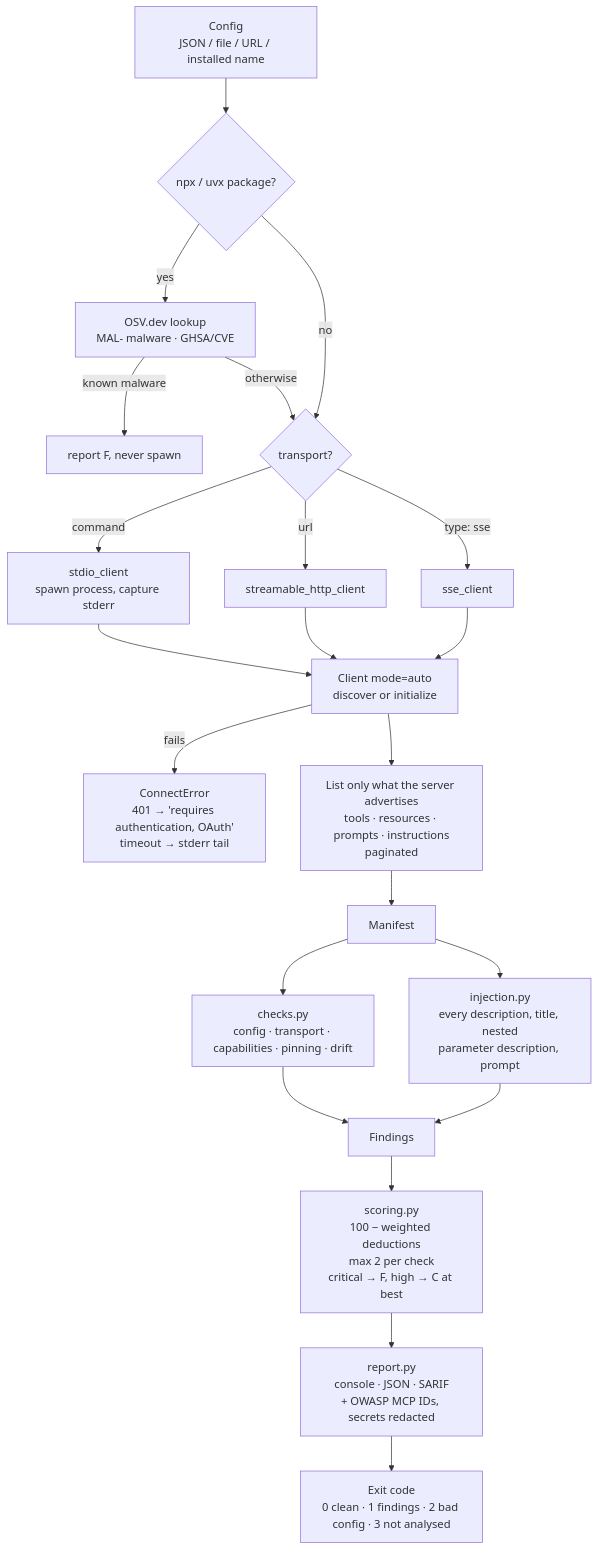
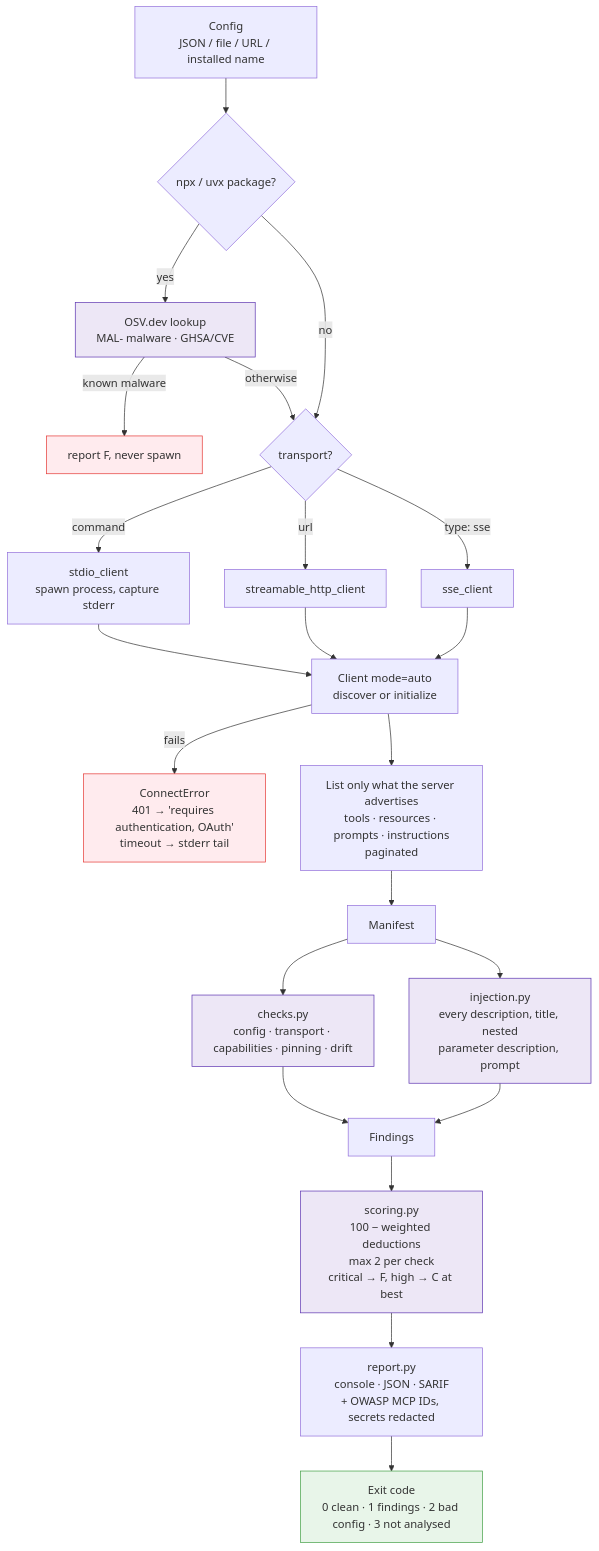
Before and after one commit to SomehowLiving/sniffmcp: the second of 8 diagrams in ARCHITECTURE.md, drawn with Mermaid. The commit also changed other lines of this file and 3 other files, not shown here.

Commit message:
Docs: 'Why SniffMCP' product page (MCP trust model, tool poisoning, shadowing, rug pull, defence in depth, honest limits; quotes verified against OWASP/Microsoft/ACL); colour-coded architecture diagrams

````diff
--- a/ARCHITECTURE.md
+++ b/ARCHITECTURE.md
@@ -77,21 +89,31 @@
 ```mermaid
 flowchart TD
     A["Config<br/>JSON / file / URL / installed name"] --> P{"npx / uvx package?"}
     P -->|yes| OSV["OSV.dev lookup<br/>MAL- malware · GHSA/CVE"]
     OSV -->|known malware| STOP["report F, never spawn"]
     OSV -->|otherwise| B{"transport?"}
     P -->|no| B
     B -->|command| C["stdio_client<br/>spawn process, capture stderr"]
     B -->|url| D["streamable_http_client"]
     B -->|type: sse| E["sse_client"]
     C & D & E --> F["Client mode=auto<br/>discover or initialize"]
     F -->|fails| G["ConnectError<br/>401 → 'requires authentication, OAuth'<br/>timeout → stderr tail"]
     F --> H["List only what the server advertises<br/>tools · resources · prompts · instructions<br/>paginated"]
     H --> I["Manifest"]
     I --> J["checks.py<br/>config · transport · capabilities · pinning · drift"]
     I --> K["injection.py<br/>every description, title, nested<br/>parameter description, prompt"]
     J & K --> L["Findings"]
     L --> M["scoring.py<br/>100 − weighted deductions<br/>max 2 per check<br/>critical → F, high → C at best"]
     M --> N["report.py<br/>console · JSON · SARIF<br/>+ OWASP MCP IDs, secrets redacted"]
     N --> O["Exit code<br/>0 clean · 1 findings · 2 bad config · 3 not analysed"]
+
+    classDef sniff fill:#ede7f6,stroke:#5e35b1
+    classDef bad fill:#ffebee,stroke:#e53935
+    classDef ok fill:#e8f5e9,stroke:#43a047
+    classDef muted fill:#eceff1,stroke:#90a4ae,color:#455a64
+    classDef ext fill:#fff8e1,stroke:#f9a825
+    classDef store fill:#e3f2fd,stroke:#1e88e5
+    class STOP,G bad
+    class OSV,J,K,M sniff
+    class O ok
 ```
````
